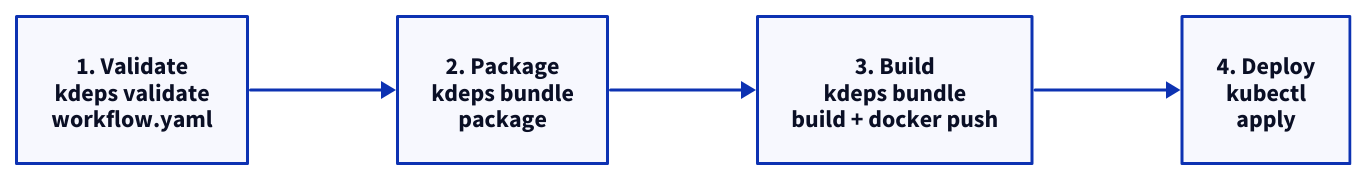
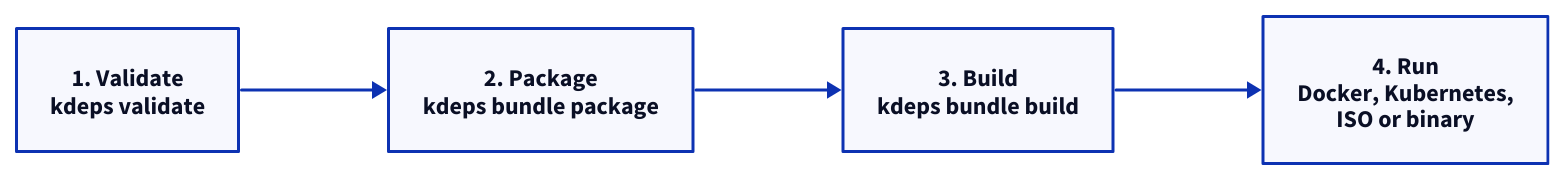
The diagram in docs/v2/deploy/index.md (kdeps/kdeps), drawn with D2 before and after one commit. The commit also changed other lines of this file and 136 other files, not shown here.

````diff
--- a/docs/v2/deploy/index.md
+++ b/docs/v2/deploy/index.md
@@ -22,10 +7,10 @@
 ```d2
 direction: right
 
-A: "1. Validate\nkdeps validate\nworkflow.yaml"
-B: "2. Package\nkdeps bundle\npackage"
-C: "3. Build\nkdeps bundle\nbuild + docker push"
-D: "4. Deploy\nkubectl\napply"
+A: "1. Validate\nkdeps validate"
+B: "2. Package\nkdeps bundle package"
+C: "3. Build\nkdeps bundle build"
+D: "4. Run\nDocker, Kubernetes,\nISO or binary"
 
 A -> B -> C -> D
 ```
````
